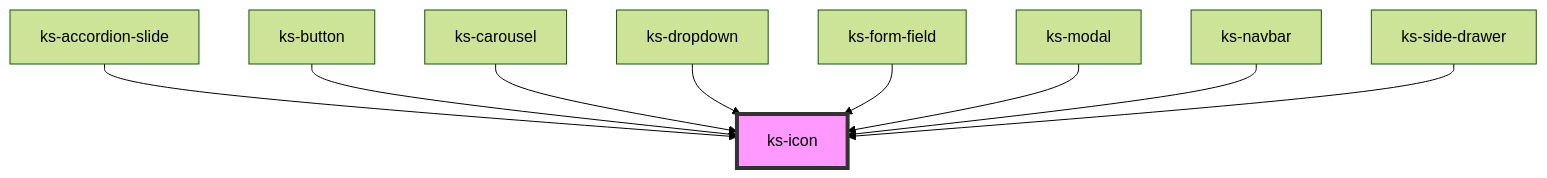
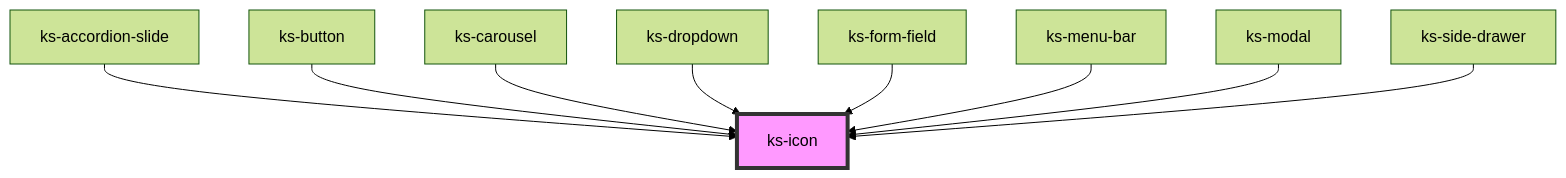
One commit to kickstand-ui/kickstand-ui changed the diagram in src/scripts/components/icon/readme.md. Above: the diagram before and after it, drawn with Mermaid (forest theme). The commit also changed other lines of this file and 17 other files, not shown here.

Commit message:
renamed "navbar" to "manu-bar" due to naming issue

````diff
--- a/src/scripts/components/icon/readme.md
+++ b/src/scripts/components/icon/readme.md
@@ -30,12 +30,12 @@
 ```mermaid
 graph TD;
   ks-accordion-slide --> ks-icon
   ks-button --> ks-icon
   ks-carousel --> ks-icon
   ks-dropdown --> ks-icon
   ks-form-field --> ks-icon
+  ks-menu-bar --> ks-icon
   ks-modal --> ks-icon
-  ks-navbar --> ks-icon
   ks-side-drawer --> ks-icon
   style ks-icon fill:#f9f,stroke:#333,stroke-width:4px
 ```
````
